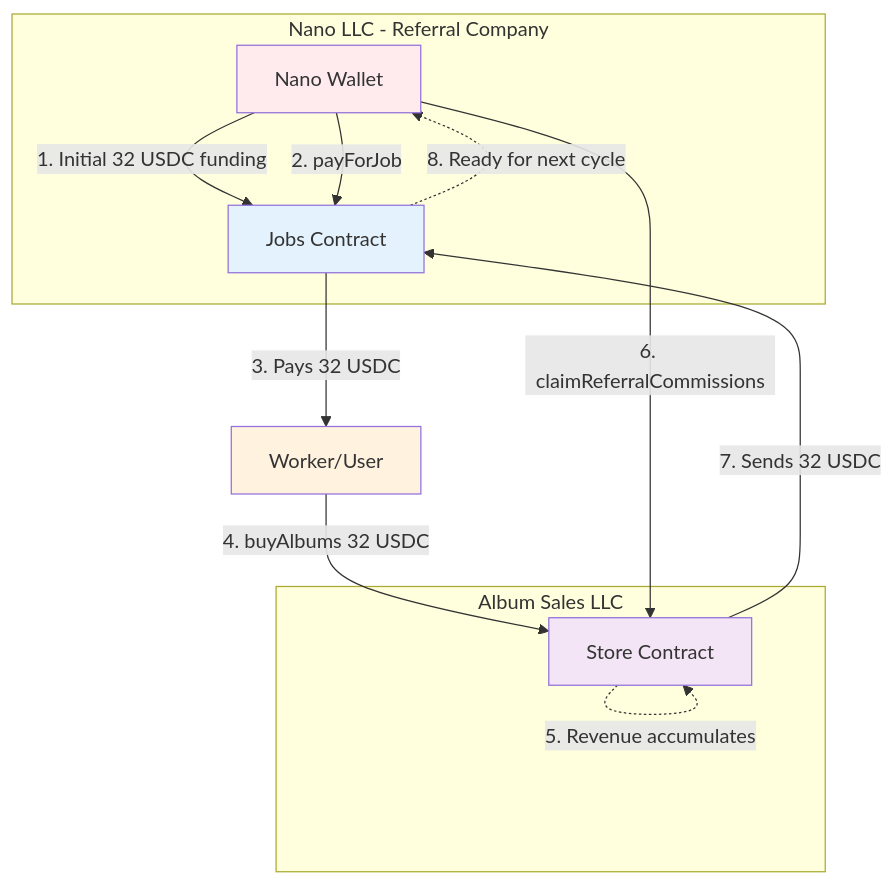
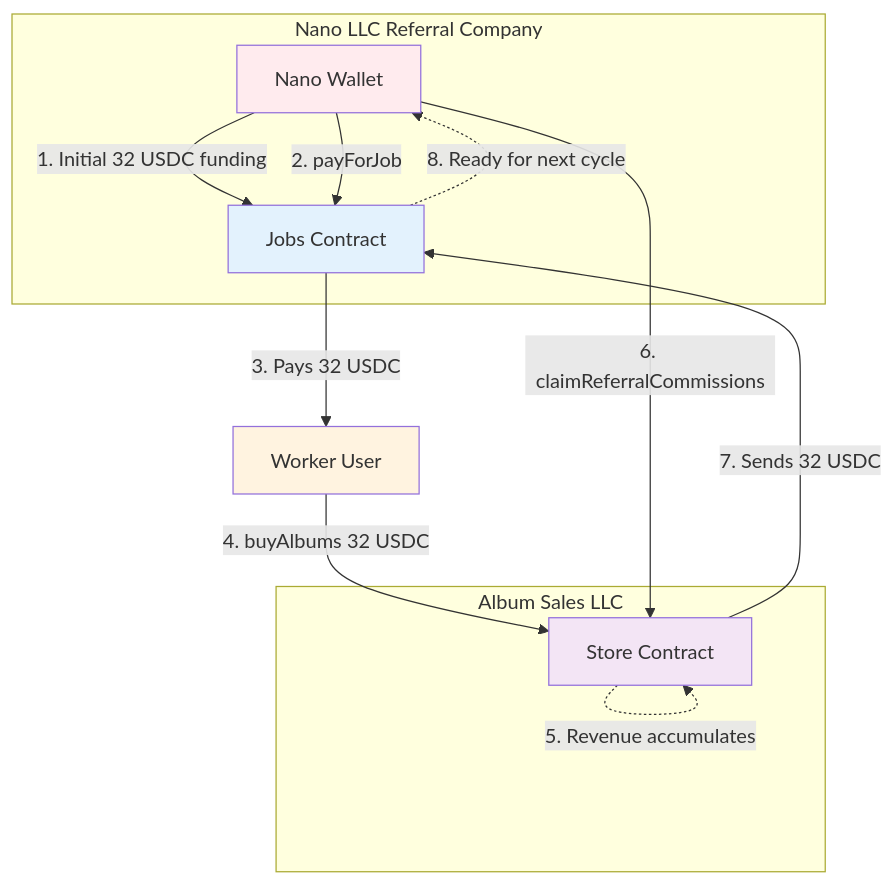
One commit to rowhq/hitmachine changed the diagram in SIMPLE_FLOW.md. Above: the diagram before and after it, drawn with Mermaid.

Commit message:
fix: Remove special characters from Mermaid diagram labels
- Removed hyphens from subgraph labels
- Removed slash from Worker/User node
- GitHub Mermaid has strict parsing that interprets certain characters as list syntax
- Reference: https://github.com/mermaid-js/mermaid/issues/6099

````diff
--- a/SIMPLE_FLOW.md
+++ b/SIMPLE_FLOW.md
@@ -19,27 +19,27 @@
 ```mermaid
 flowchart TB
-    subgraph NanoCompany[Nano LLC - Referral Company]
+    subgraph NanoCompany[Nano LLC Referral Company]
         NanoWallet[Nano Wallet]
         JobsContract[Jobs Contract]
     end
     
     subgraph AlbumCompany[Album Sales LLC]
         StoreContract[Store Contract]
     end
     
-    Worker[Worker/User]
+    Worker[Worker User]
     
     NanoWallet -->|1. Initial 32 USDC funding| JobsContract
     NanoWallet -->|2. payForJob| JobsContract
     JobsContract -->|3. Pays 32 USDC| Worker
     Worker -->|4. buyAlbums 32 USDC| StoreContract
     StoreContract -.->|5. Revenue accumulates| StoreContract
     NanoWallet -->|6. claimReferralCommissions| StoreContract
     StoreContract -->|7. Sends 32 USDC| JobsContract
     JobsContract -.->|8. Ready for next cycle| NanoWallet
     
     style NanoWallet fill:#ffebee
     style JobsContract fill:#e3f2fd
     style Worker fill:#fff3e0
     style StoreContract fill:#f3e5f5
 ```
````
